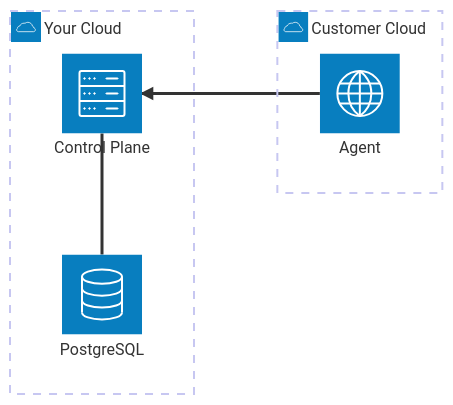
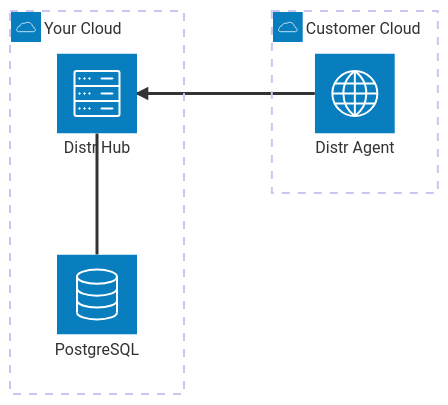
The diagram in README.md (glasskube/distr), drawn with Mermaid before and after one commit. The commit also changed other lines of this file and 265 other files, not shown here.

````diff
--- a/README.md
+++ b/README.md
@@ -30,11 +30,11 @@
 ```mermaid
 architecture-beta
     group ctrl(cloud)[Your Cloud]
     service db(database)[PostgreSQL] in ctrl
-    service server(server)[Control Plane] in ctrl
-    db:T -- B:server
+    service hub(server)[Distr Hub] in ctrl
+    db:T -- B:hub
 
     group customer(cloud)[Customer Cloud]
-    service agent(internet)[Agent] in customer
-    agent:L --> R:server
+    service agent(internet)[Distr Agent] in customer
+    agent:L --> R:hub
 ```
````
